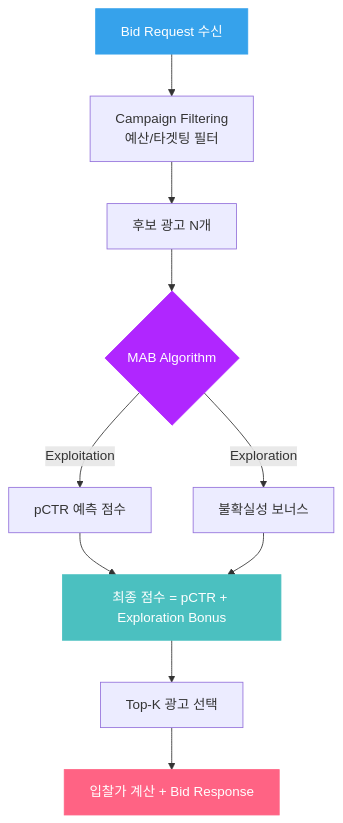
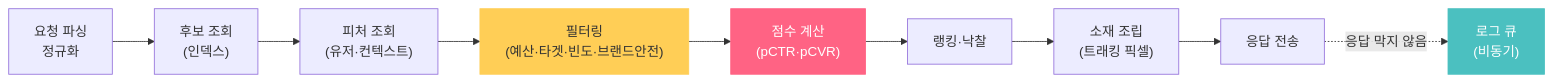
The first of 2 diagrams in posts/ad-serving-flow.md (chkimsu/adtech-blog), drawn with Mermaid before and after one commit. The commit also changed other lines of this file and 7 other files, not shown here.

````diff
--- a/posts/ad-serving-flow.md
+++ b/posts/ad-serving-flow.md
@@ -204,17 +23,19 @@
 ```mermaid
-graph TD
-  REQ[Bid Request 수신] --> FIL[Campaign Filtering<br/>예산/타겟팅 필터]
-  FIL --> CAND[후보 광고 N개]
-  CAND --> MAB{MAB Algorithm}
-  MAB -->|Exploitation| PRED[pCTR 예측 점수]
-  MAB -->|Exploration| UNC[불확실성 보너스]
-  PRED --> SCORE[최종 점수 = pCTR + Exploration Bonus]
-  UNC --> SCORE
-  SCORE --> RANK[Top-K 광고 선택]
-  RANK --> BID[입찰가 계산 + Bid Response]
+graph LR
+  REQ["요청 파싱<br/>정규화"]
+  CAND["후보 조회<br/>(인덱스)"]
+  FEAT["피처 조회<br/>(유저·컨텍스트)"]
+  FILT["필터링<br/>(예산·타겟·빈도·브랜드안전)"]
+  SCORE["점수 계산<br/>(pCTR·pCVR)"]
+  RANK["랭킹·낙찰"]
+  CREA["소재 조립<br/>(트래킹 픽셀)"]
+  RESP["응답 전송"]
+  LOG["로그 큐<br/>(비동기)"]
 
-  style REQ fill:#36a2eb,stroke:#36a2eb,color:#fff
-  style MAB fill:#b026ff,stroke:#b026ff,color:#fff
-  style SCORE fill:#4bc0c0,stroke:#4bc0c0,color:#fff
-  style BID fill:#ff6384,stroke:#ff6384,color:#fff
+  REQ --> CAND --> FEAT --> FILT --> SCORE --> RANK --> CREA --> RESP
+  RESP -.->|"응답 막지 않음"| LOG
+
+  style FILT fill:#ffce56,stroke:#ffce56,color:#333
+  style SCORE fill:#ff6384,stroke:#ff6384,color:#fff
+  style LOG fill:#4bc0c0,stroke:#4bc0c0,color:#fff
 ```
````
